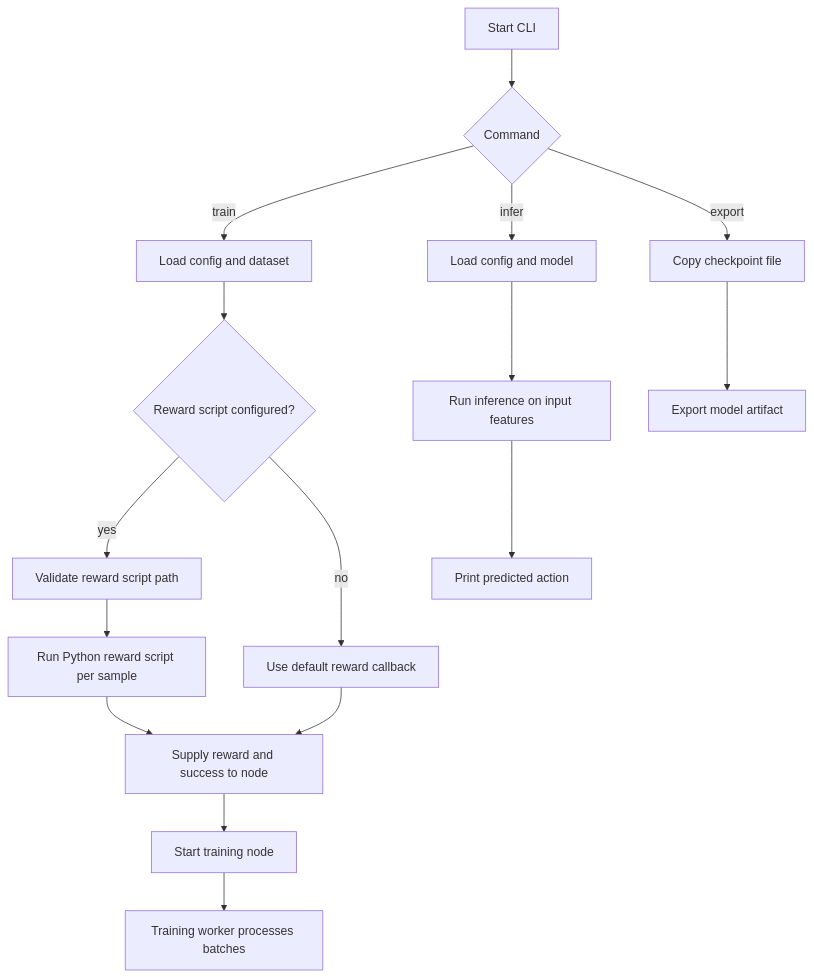
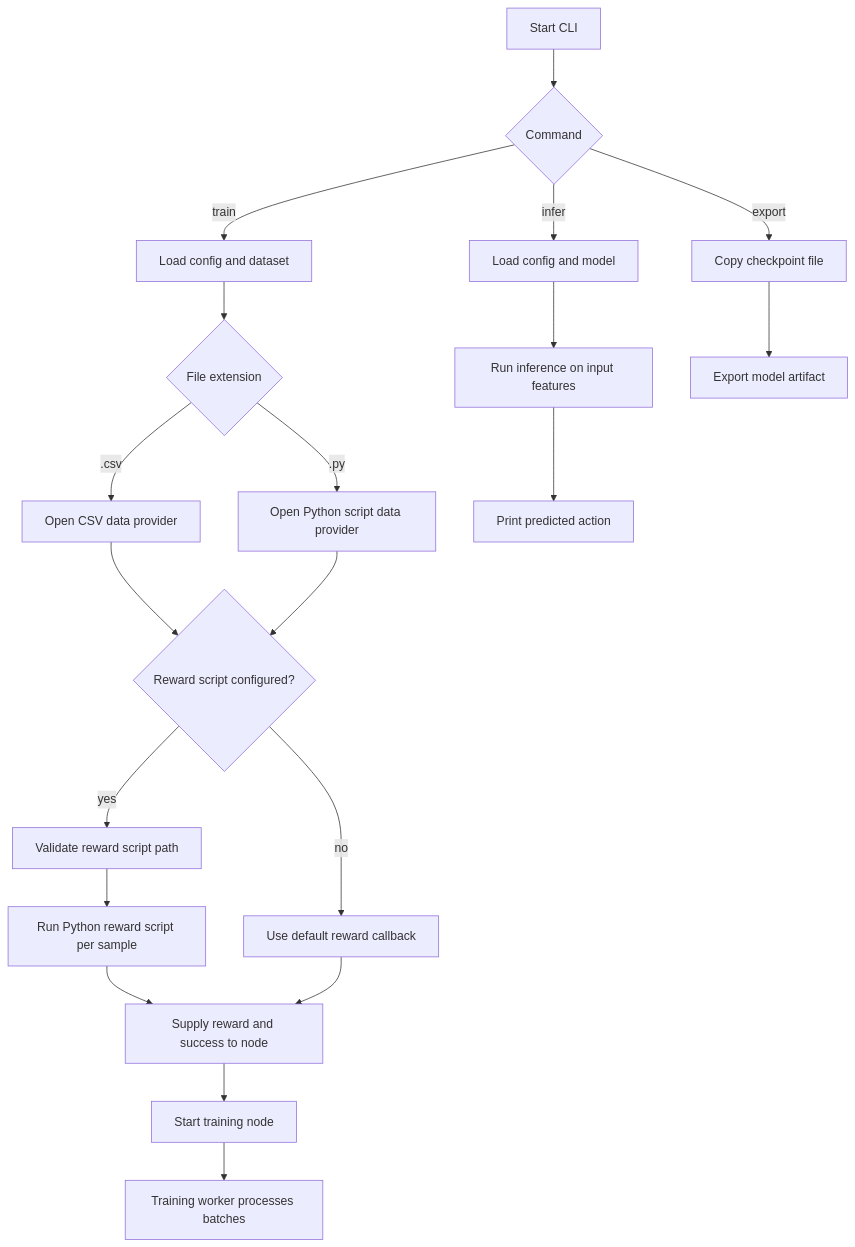
Before and after one commit to ali-heidari/RLT-CLI: the diagram in docs/cli_workflow.md, drawn with Mermaid. The commit also changed other lines of this file and 4 other files, not shown here.

Commit message:
Add documents for the python data provider

````diff
--- a/docs/cli_workflow.md
+++ b/docs/cli_workflow.md
@@ -7,18 +7,22 @@
 ```mermaid
 flowchart TD
     A[Start CLI] --> B{Command}
     B --> |train| C[Load config and dataset]
     B --> |infer| D[Load config and model]
     B --> |export| E[Copy checkpoint file]
-    C --> F{Reward script configured?}
-    F --> |yes| G[Validate reward script path]
-    F --> |no| I[Use default reward callback]
-    G --> H[Run Python reward script per sample]
-    H --> J[Supply reward and success to node]
-    I --> J
-    J --> K[Start training node]
-    K --> L[Training worker processes batches]
-    D --> M[Run inference on input features]
-    M --> N[Print predicted action]
-    E --> O[Export model artifact]
+    C --> F{File extension}
+    F --> |.csv| G[Open CSV data provider]
+    F --> |.py| H[Open Python script data provider]
+    G --> I{Reward script configured?}
+    H --> I
+    I --> |yes| J[Validate reward script path]
+    I --> |no| K[Use default reward callback]
+    J --> L[Run Python reward script per sample]
+    L --> M[Supply reward and success to node]
+    K --> M
+    M --> N[Start training node]
+    N --> O[Training worker processes batches]
+    D --> P[Run inference on input features]
+    P --> Q[Print predicted action]
+    E --> R[Export model artifact]
 ```
````
